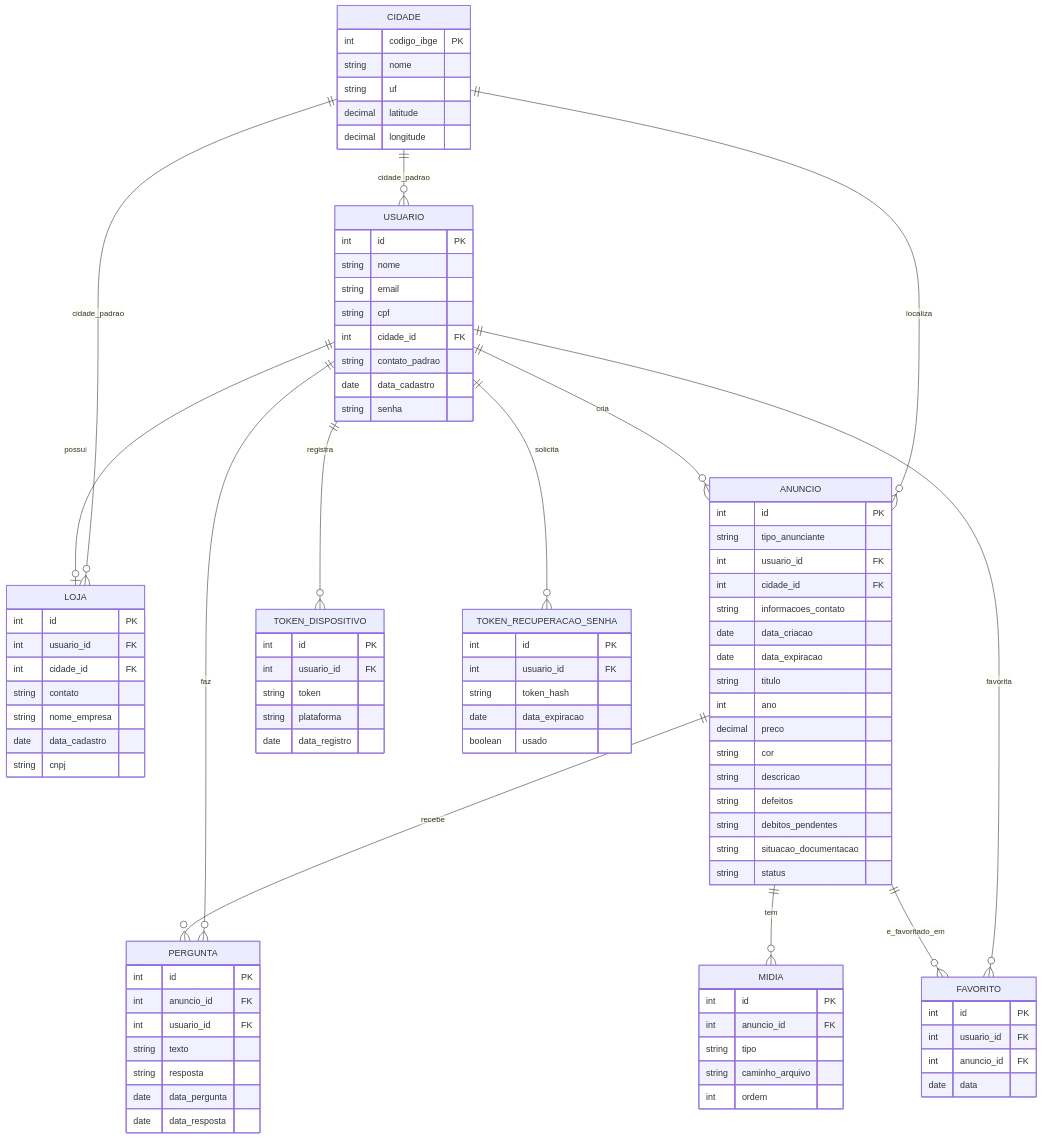
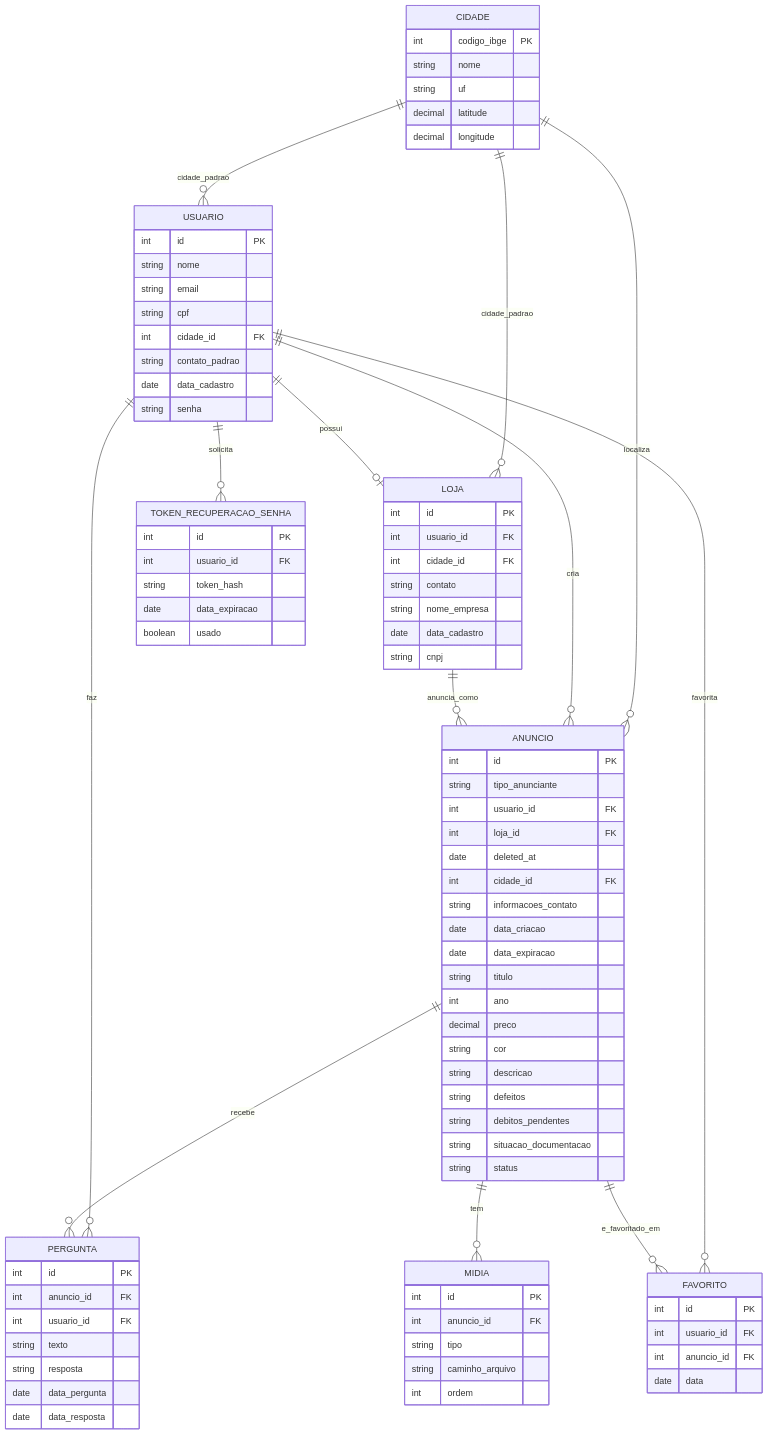
Before and after one commit to YanKayo23/BargainCar: the first of 2 diagrams in README.md, drawn with Mermaid. The commit also changed other lines of this file, not shown here.

```diff
--- a/README.md
+++ b/README.md
@@ -276,7 +280,7 @@
     ANUNCIO ||--o{ MIDIA : "tem"
     ANUNCIO ||--o{ PERGUNTA : "recebe"
     ANUNCIO ||--o{ FAVORITO : "e_favoritado_em"
-    USUARIO ||--o{ TOKEN_DISPOSITIVO : "registra"
+    LOJA ||--o{ ANUNCIO : "anuncia_como"
     USUARIO ||--o{ TOKEN_RECUPERACAO_SENHA : "solicita"
 
     CIDADE {
@@ -312,6 +316,8 @@
         int id PK
         string tipo_anunciante
         int usuario_id FK
+        int loja_id FK
+        date deleted_at
         int cidade_id FK
         string informacoes_contato
         date data_criacao
@@ -352,14 +358,6 @@
         date data
     }
 
-    TOKEN_DISPOSITIVO {
-        int id PK
-        int usuario_id FK
-        string token
-        string plataforma
-        date data_registro
-    }
-
     TOKEN_RECUPERACAO_SENHA {
         int id PK
         int usuario_id FK
```
